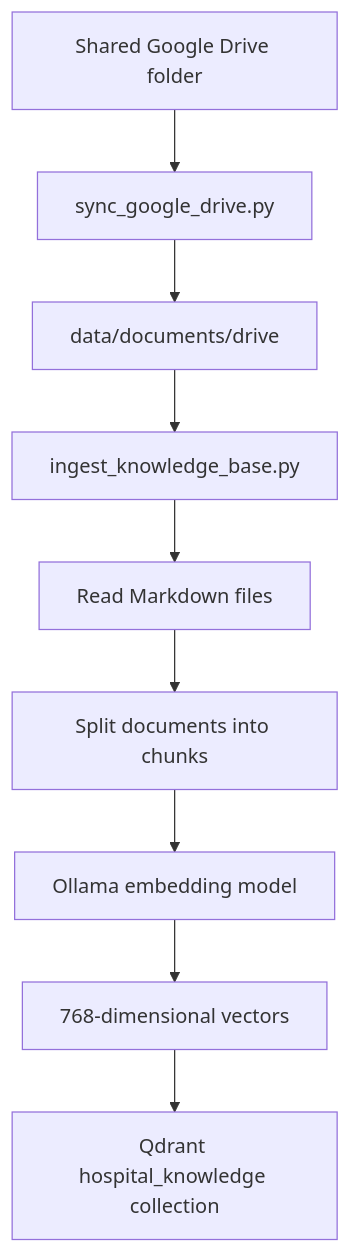
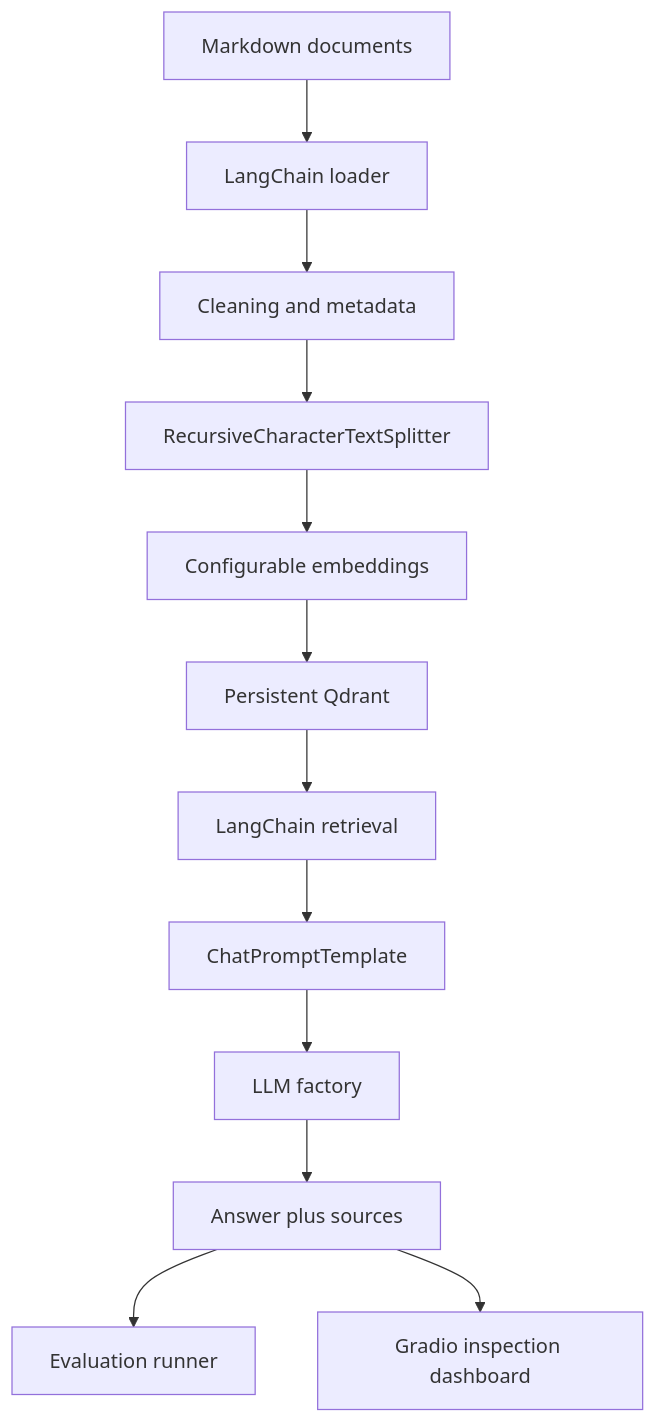
The first of 2 diagrams in README.md (Nagesh397/rag-project-langchain), drawn with Mermaid before and after one commit. The commit also changed other lines of this file and 65 other files, not shown here.

````diff
--- a/README.md
+++ b/README.md
@@ -38,11 +7,14 @@
 ```mermaid
 flowchart TD
-  A[Shared Google Drive folder] --> B[sync_google_drive.py]
-  B --> C[data/documents/drive]
-  C --> D[ingest_knowledge_base.py]
-  D --> E[Read Markdown files]
-  E --> F[Split documents into chunks]
-  F --> G[Ollama embedding model]
-  G --> H[768-dimensional vectors]
-  H --> I[Qdrant hospital_knowledge collection]
+    A[Markdown documents] --> B[LangChain loader]
+    B --> C[Cleaning and metadata]
+    C --> D[RecursiveCharacterTextSplitter]
+    D --> E[Configurable embeddings]
+    E --> F[Persistent Qdrant]
+    F --> G[LangChain retrieval]
+    G --> H[ChatPromptTemplate]
+    H --> I[LLM factory]
+    I --> J[Answer plus sources]
+    J --> K[Evaluation runner]
+    J --> L[Gradio inspection dashboard]
 ```
````
